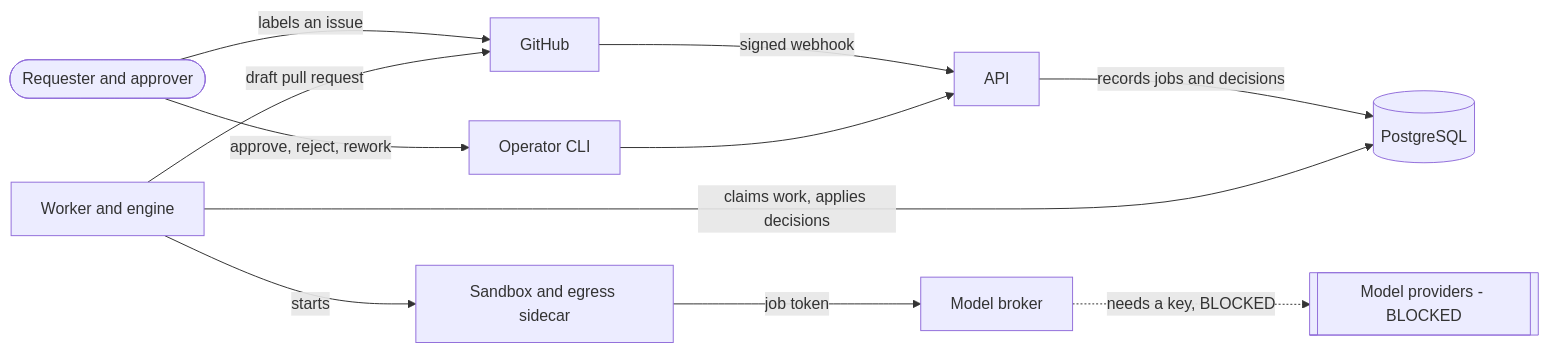
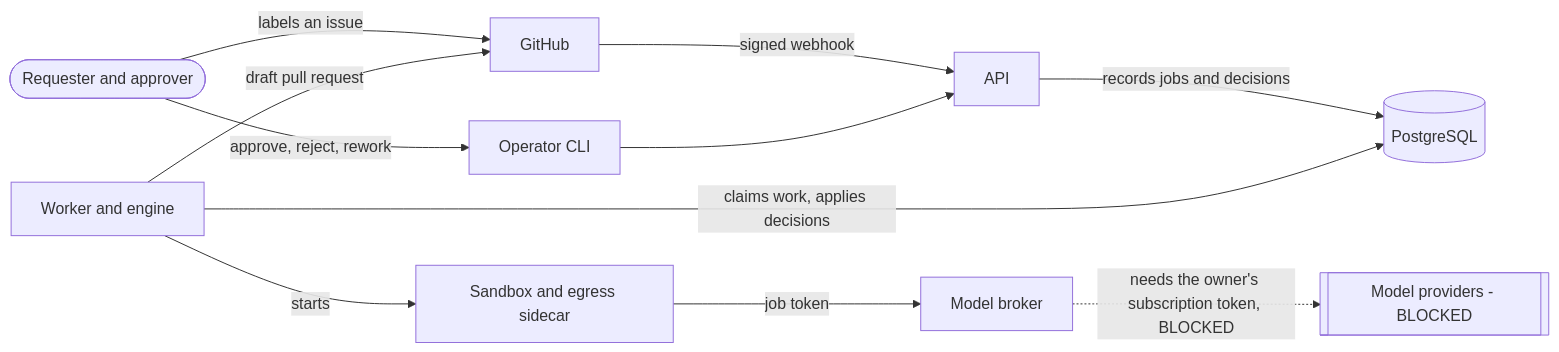
One commit to ortisun/bibo changed the diagram in README.md. Above: the diagram before and after it, drawn with Mermaid. The commit also changed other lines of this file and 13 other files, not shown here.

````diff
--- a/README.md
+++ b/README.md
@@ -31,22 +33,22 @@
 ```mermaid
 flowchart LR
   person([Requester and approver])
   github[GitHub]
   api[API]
   cli[Operator CLI]
   db[(PostgreSQL)]
   worker[Worker and engine]
   sandbox[Sandbox and egress sidecar]
   broker[Model broker]
   models[[Model providers - BLOCKED]]
   person -- labels an issue --> github
   github -- signed webhook --> api
   person -- approve, reject, rework --> cli
   cli --> api
   api -- records jobs and decisions --> db
   worker -- claims work, applies decisions --> db
   worker -- starts --> sandbox
   sandbox -- job token --> broker
-  broker -. needs a key, BLOCKED .-> models
+  broker -. needs the owner's subscription token, BLOCKED .-> models
   worker -- draft pull request --> github
 ```
````
